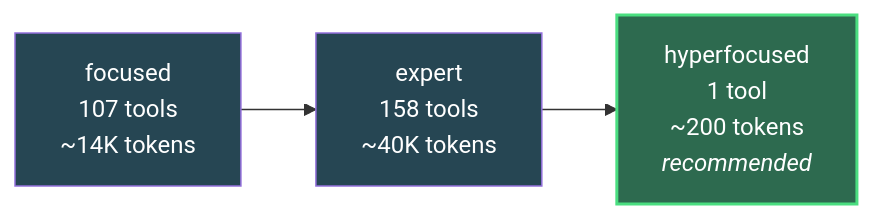
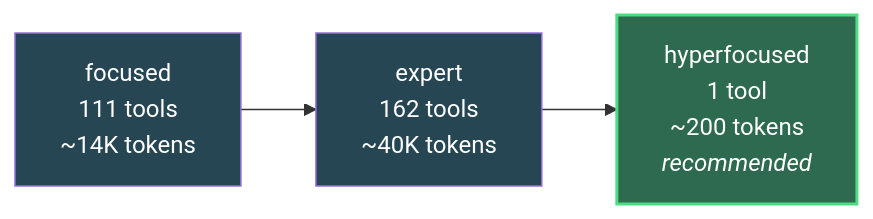
Before and after one commit to StormShynn/vibing-steampunk: the third of 3 diagrams in _fork-root/README.md, drawn with Mermaid. The commit also changed other lines of this file and 14 other files, not shown here.

First line of the commit message:
feat: update tool counts to 111 focused and 162 expert

````diff
--- a/_fork-root/README.md
+++ b/_fork-root/README.md
@@ -1532,8 +1532,8 @@
 ```mermaid
 graph LR
-    F["focused<br/>107 tools<br/>~14K tokens"] --> E["expert<br/>158 tools<br/>~40K tokens"]
+    F["focused<br/>111 tools<br/>~14K tokens"] --> E["expert<br/>162 tools<br/>~40K tokens"]
     E --> H["hyperfocused<br/>1 tool<br/>~200 tokens<br/><i>recommended</i>"]
     style H fill:#2d6a4f,color:#fff,stroke:#4ade80,stroke-width:2px
     style F fill:#264653,color:#fff
     style E fill:#264653,color:#fff
 ```
````
